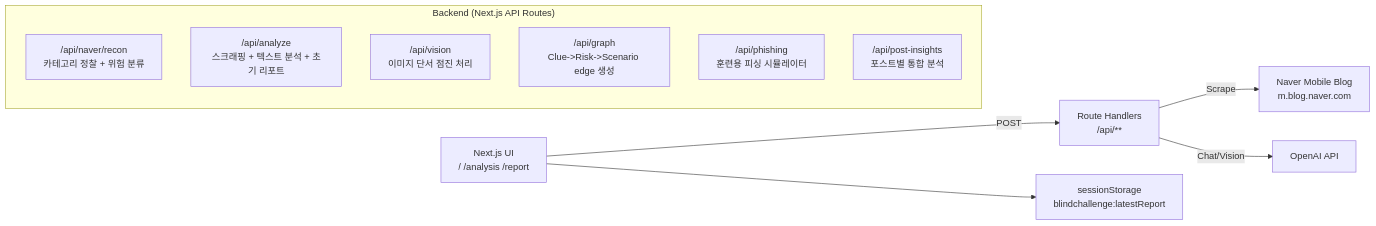
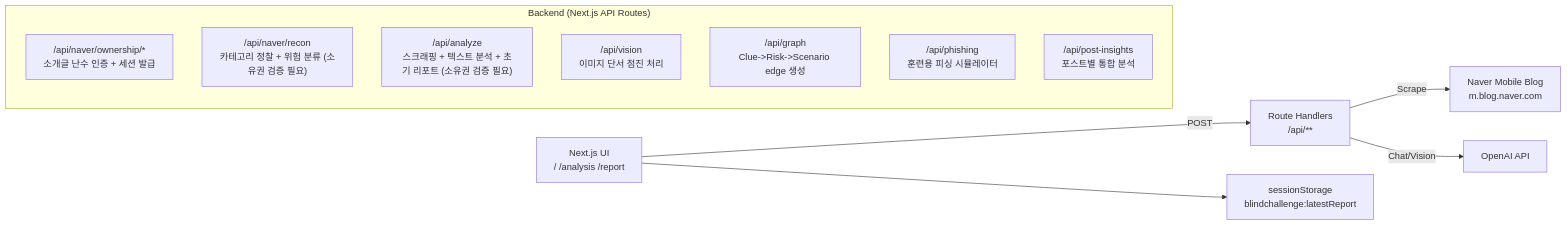
One commit to lux-02/Blind_Challenge changed the second of 2 diagrams in README.md. Above: the diagram before and after it, drawn with Mermaid. The commit also changed other lines of this file and 16 other files, not shown here.

````diff
--- a/README.md
+++ b/README.md
@@ -133,17 +141,18 @@
 ```mermaid
 flowchart LR
   UI["Next.js UI<br/>/ /analysis /report"] -->|POST| APIRoutes["Route Handlers<br/>/api/**"]
   APIRoutes -->|Scrape| NAV["Naver Mobile Blog<br/>m.blog.naver.com"]
   APIRoutes -->|Chat/Vision| OA["OpenAI API"]
 
   subgraph APISurface["Backend (Next.js API Routes)"]
-    R1["/api/naver/recon<br/>카테고리 정찰 + 위험 분류"]
-    R2["/api/analyze<br/>스크래핑 + 텍스트 분석 + 초기 리포트"]
+    R0["/api/naver/ownership/*<br/>소개글 난수 인증 + 세션 발급"]
+    R1["/api/naver/recon<br/>카테고리 정찰 + 위험 분류 (소유권 검증 필요)"]
+    R2["/api/analyze<br/>스크래핑 + 텍스트 분석 + 초기 리포트 (소유권 검증 필요)"]
     R3["/api/vision<br/>이미지 단서 점진 처리"]
     R4["/api/graph<br/>Clue->Risk->Scenario edge 생성"]
     R5["/api/phishing<br/>훈련용 피싱 시뮬레이터"]
     R6["/api/post-insights<br/>포스트별 통합 분석"]
   end
 
   UI --> SS["sessionStorage<br/>blindchallenge:latestReport"]
 ```
````
